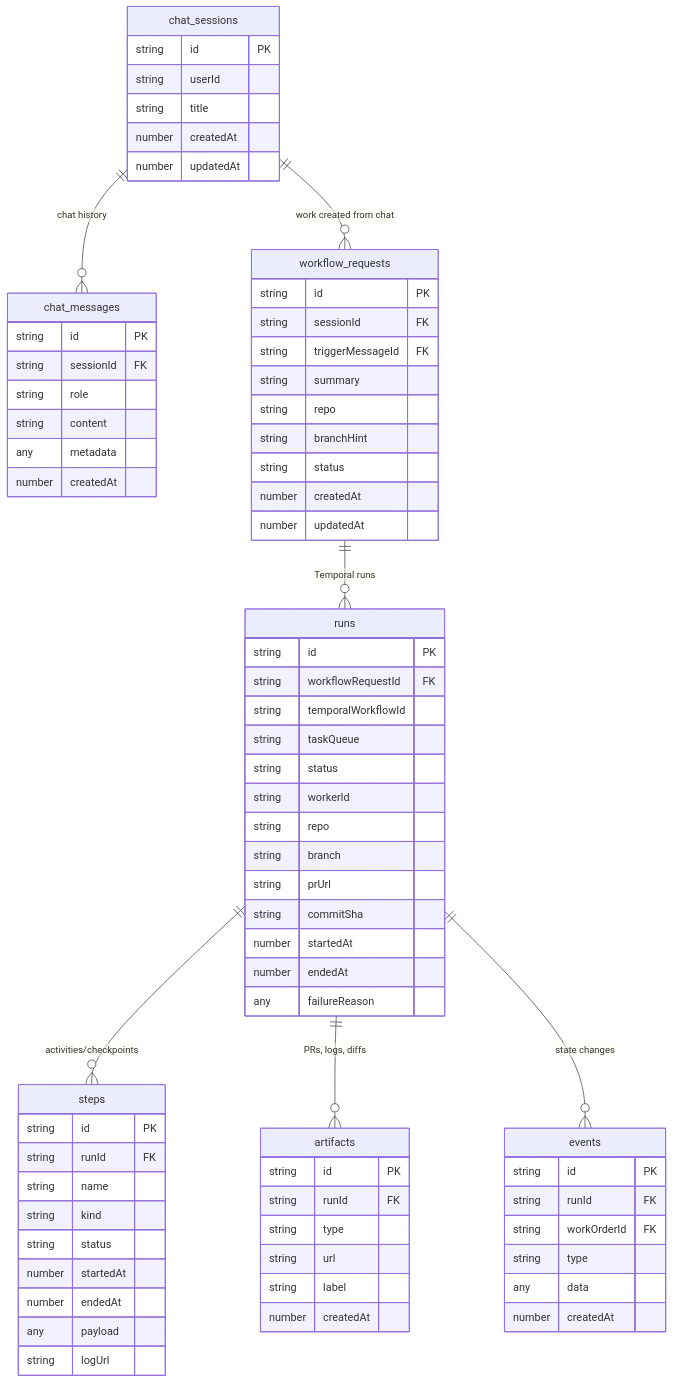
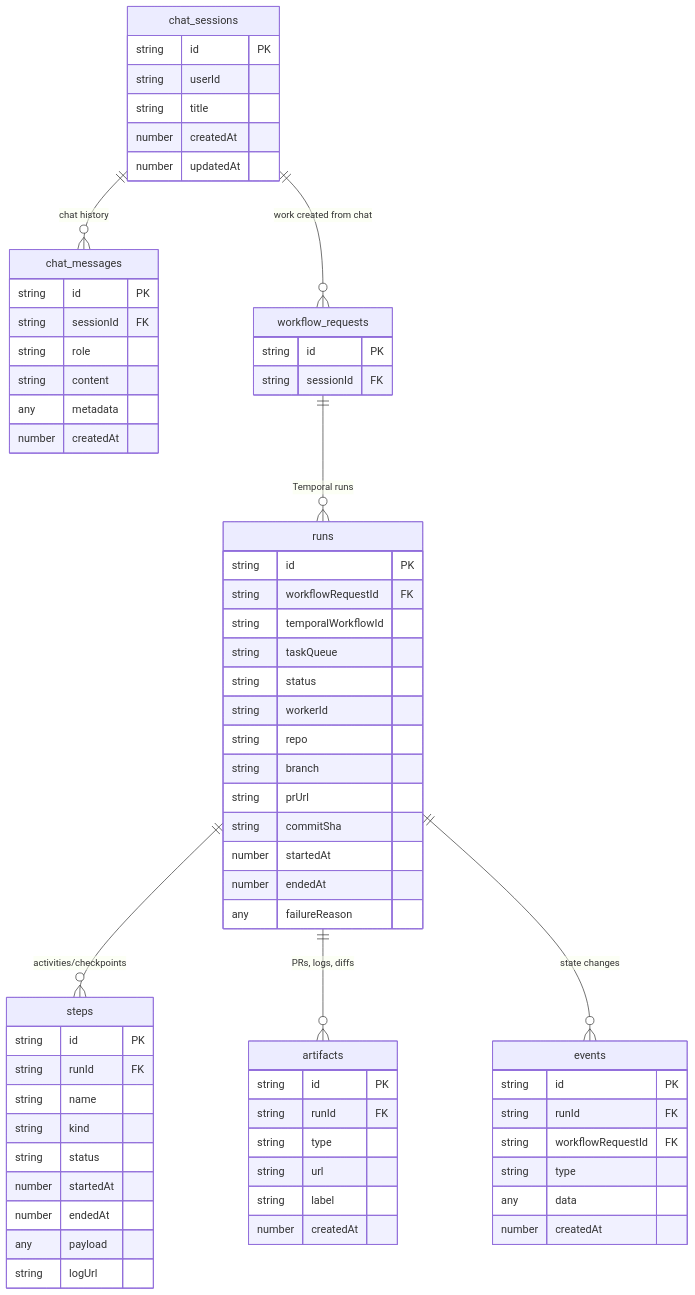
The diagram in docs/jangar/persistence.md (proompteng/lab), drawn with Mermaid before and after one commit. The commit also changed other lines of this file, not shown here.

Commit message:
docs: slim workflow_requests to session FK only

```diff
--- a/docs/jangar/persistence.md
+++ b/docs/jangar/persistence.md
@@ -51,13 +51,6 @@
   workflow_requests {
     string id PK
     string sessionId FK
-    string triggerMessageId FK
-    string summary
-    string repo
-    string branchHint
-    string status
-    number createdAt
-    number updatedAt
   }
 
   runs {
@@ -100,7 +93,7 @@
   events {
     string id PK
     string runId FK
-    string workOrderId FK
+    string workflowRequestId FK
     string type
     any    data
     number createdAt
```
